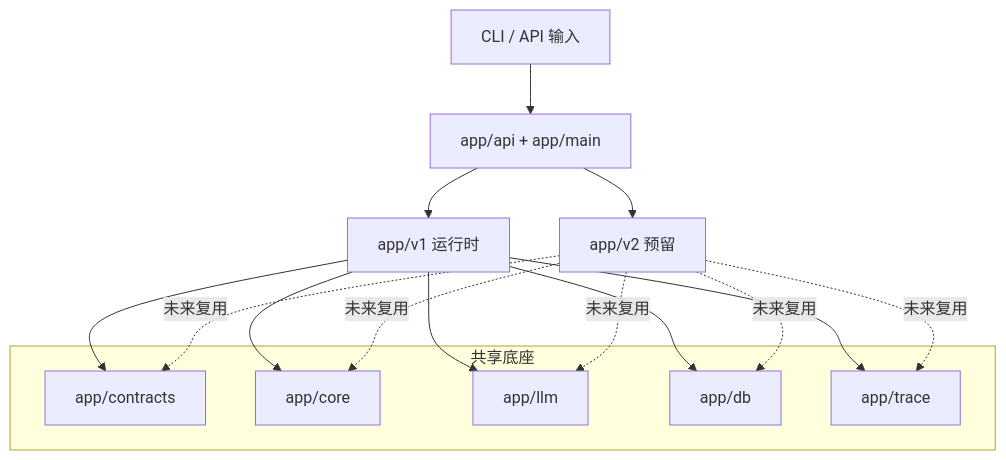
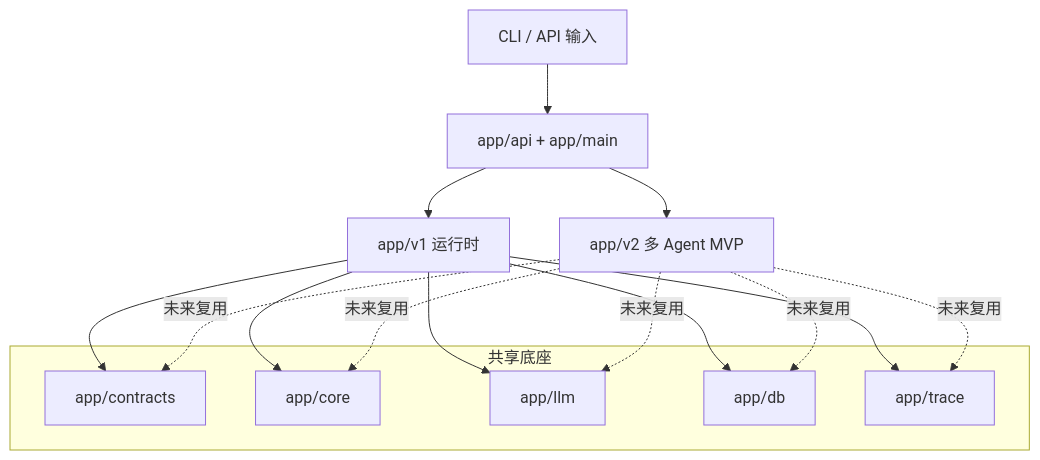
Before and after one commit to fengzhizi715/SimpleCodeAgent: the first of 5 diagrams in docs/architecture.md, drawn with Mermaid. The commit also changed other lines of this file and 18 other files, not shown here.

````diff
--- a/docs/architecture.md
+++ b/docs/architecture.md
@@ -34,26 +34,26 @@
 ```mermaid
 flowchart TB
   U[CLI / API 输入] --> A[app/api + app/main]
   A --> R1[app/v1 运行时]
-  A --> R2[app/v2 预留]
+  A --> R2[app/v2 多 Agent MVP]
 
   subgraph Shared[共享底座]
     C[app/contracts]
     K[app/core]
     L[app/llm]
     D[app/db]
     T[app/trace]
   end
 
   R1 --> C
   R1 --> K
   R1 --> L
   R1 --> D
   R1 --> T
 
   R2 -.未来复用.-> C
   R2 -.未来复用.-> K
   R2 -.未来复用.-> L
   R2 -.未来复用.-> D
   R2 -.未来复用.-> T
 ```
````
